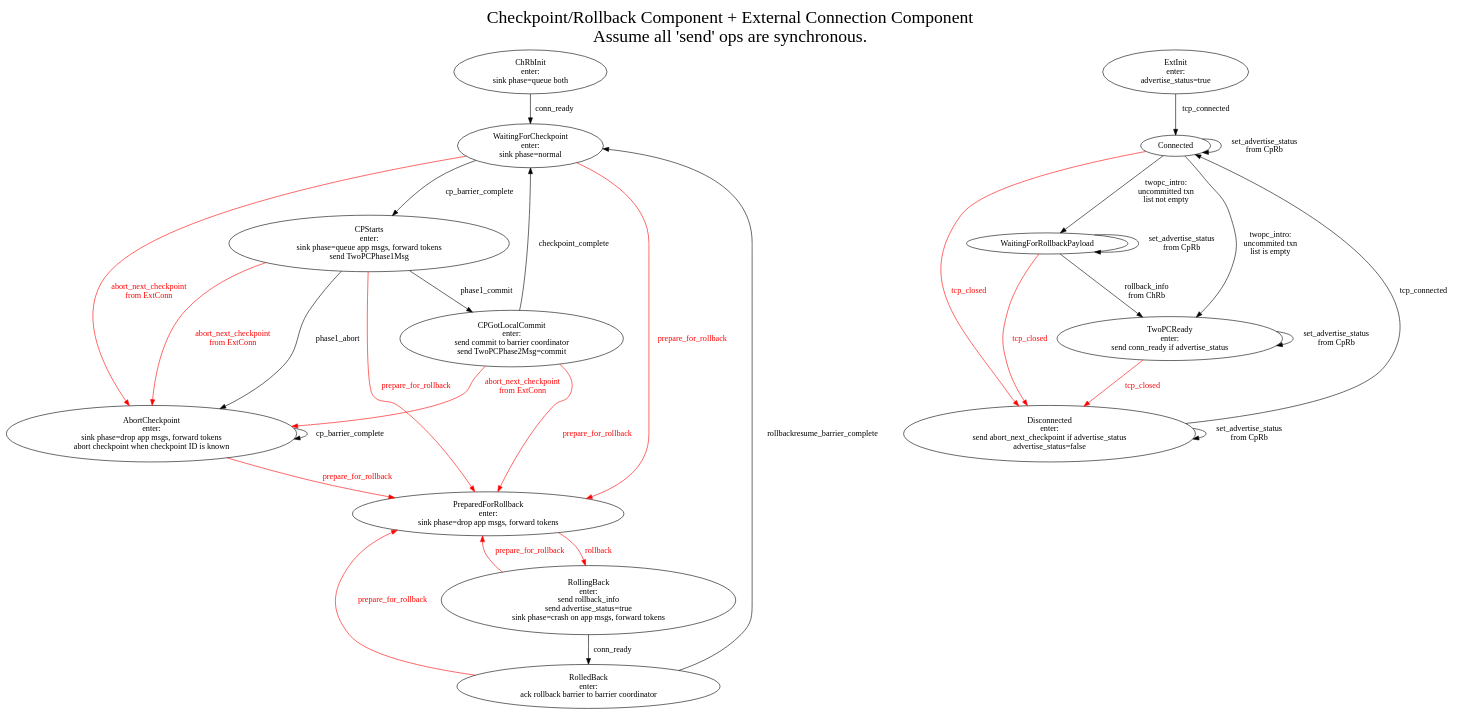
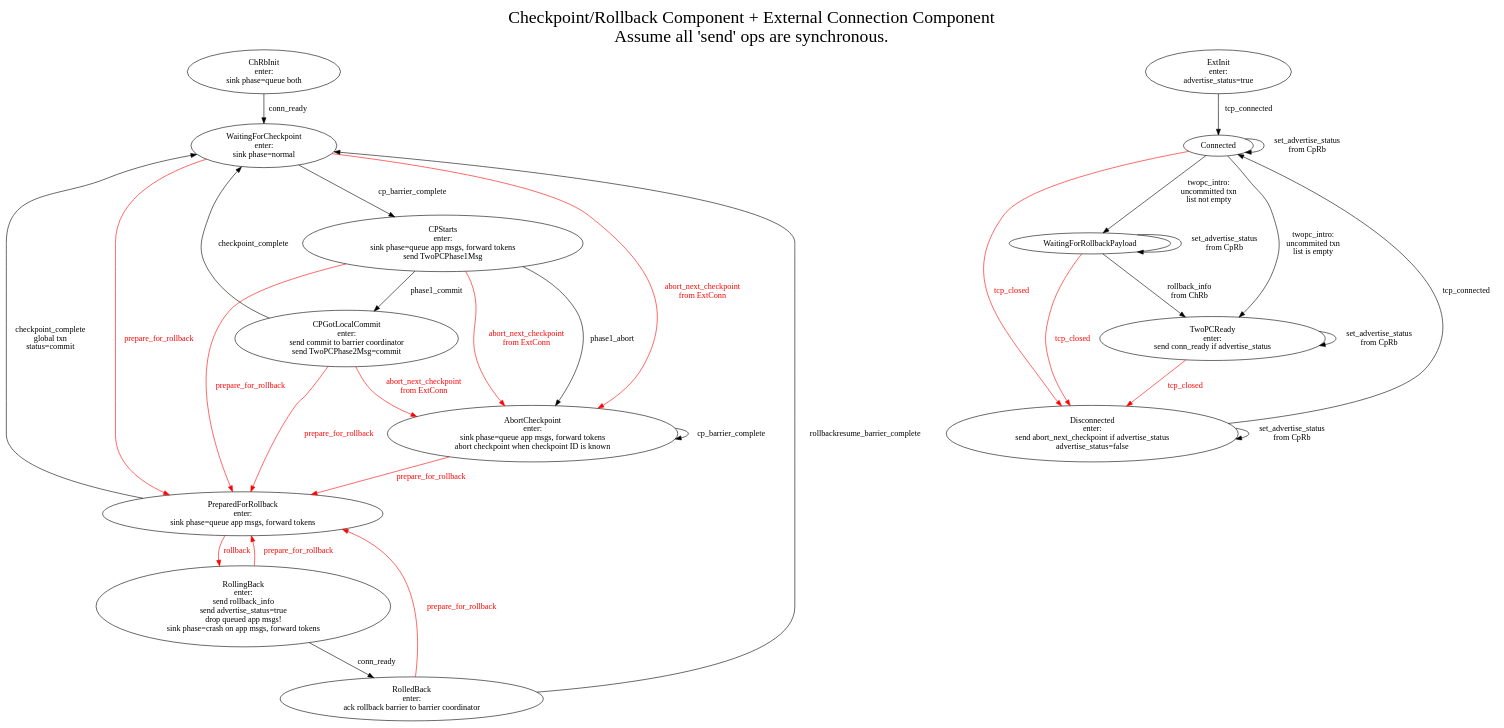
One commit to WallarooLabs/wally changed the diagram in lib/wallaroo/core/sink/connector_sink/connector-sink-2pc-management.dot. Above: the diagram before and after it, drawn with Graphviz. The commit also changed 2 other files, not shown here.

Commit message:
WIP: Add missing FSM path from PreparedForRollback -> WaitingForCheckpoint

```diff
--- a/lib/wallaroo/core/sink/connector_sink/connector-sink-2pc-management.dot
+++ b/lib/wallaroo/core/sink/connector_sink/connector-sink-2pc-management.dot
@@ -1,81 +1,82 @@
 digraph mashup {
     graph [label="Checkpoint/Rollback Component + External Connection Component\nAssume all 'send' ops are synchronous.",labelloc=t,fontsize=30];
 
     ## BEGIN LEFT
     subgraph checkpoint_rollback_component {
 	graph [label="SUB Checkpoint/Rollback Component",labelloc=t,fontsize=20];
 
 	// Subgraphs
 	subgraph init {
             ChRbInit [label="ChRbInit\nenter:\nsink phase=queue both"];
 	}
 	subgraph cp {
             WaitingForCheckpoint [label="WaitingForCheckpoint\nenter:\nsink phase=normal"];
-            AbortCheckpoint [label="AbortCheckpoint\nenter:\nsink phase=drop app msgs, forward tokens\nabort checkpoint when checkpoint ID is known"];
+            AbortCheckpoint [label="AbortCheckpoint\nenter:\nsink phase=queue app msgs, forward tokens\nabort checkpoint when checkpoint ID is known"];
 	}
 	subgraph sacp {
             CPStarts [label="CPStarts\nenter:\nsink phase=queue app msgs, forward tokens\nsend TwoPCPhase1Msg"];
             CPGotLocalCommit [label="CPGotLocalCommit\nenter:\nsend commit to barrier coordinator\nsend TwoPCPhase2Msg=commit"];
             // CPGotGlobalVote; // Can we remove this node?
 
             CPStarts -> CPGotLocalCommit [label="phase1_commit"];
             CPStarts -> AbortCheckpoint [label="phase1_abort"];
             CPGotLocalCommit -> WaitingForCheckpoint [label="checkpoint_complete"];
 	}
 	subgraph rollback {
-            PreparedForRollback [label="PreparedForRollback\nenter:\nsink phase=drop app msgs, forward tokens"];
-            RollingBack [label="RollingBack\nenter:\nsend rollback_info\nsend advertise_status=true\nsink phase=crash on app msgs, forward tokens"];
+            PreparedForRollback [label="PreparedForRollback\nenter:\nsink phase=queue app msgs, forward tokens"];
+            RollingBack [label="RollingBack\nenter:\nsend rollback_info\nsend advertise_status=true\ndrop queued app msgs!\nsink phase=crash on app msgs, forward tokens"];
             RolledBack [label="RolledBack\nenter:\nack rollback barrier to barrier coordinator"];
 
             PreparedForRollback -> RollingBack [label="rollback",fontcolor=red,color=red];
+            PreparedForRollback -> WaitingForCheckpoint [label="checkpoint_complete\nglobal txn\nstatus=commit"]
 	}
 
 	// Other Edges
 	ChRbInit -> WaitingForCheckpoint [label="conn_ready"];
 
 	WaitingForCheckpoint -> CPStarts [label="cp_barrier_complete"];
 	AbortCheckpoint -> AbortCheckpoint [label="cp_barrier_complete"];
 
 	WaitingForCheckpoint -> PreparedForRollback [label="prepare_for_rollback",fontcolor=red,color=red];
 	AbortCheckpoint -> PreparedForRollback [label="prepare_for_rollback",fontcolor=red,color=red];
 	CPStarts -> PreparedForRollback [label="prepare_for_rollback",fontcolor=red,color=red];
 	CPGotLocalCommit -> PreparedForRollback [label="prepare_for_rollback",fontcolor=red,color=red];
 
 	WaitingForCheckpoint -> AbortCheckpoint [label="abort_next_checkpoint\nfrom ExtConn",fontcolor=red,color=red];
 	CPStarts -> AbortCheckpoint [label="abort_next_checkpoint\nfrom ExtConn",fontcolor=red,color=red];
 	CPGotLocalCommit -> AbortCheckpoint [label="abort_next_checkpoint\nfrom ExtConn",fontcolor=red,color=red];
 
 	RollingBack -> RolledBack [label="conn_ready"];
 	RollingBack -> PreparedForRollback [label="prepare_for_rollback",fontcolor=red,color=red];
 
 	RolledBack -> WaitingForCheckpoint [label="rollbackresume_barrier_complete"];
 	RolledBack -> PreparedForRollback [label="prepare_for_rollback",fontcolor=red,color=red];
     }
     ## END LEFT
 
     ## BEGIN RIGHT
     subgraph external_connection_component {
         graph [label="External Connection Component",labelloc=t,fontsize=30];
 
         ExtInit [label="ExtInit\nenter:\nadvertise_status=true"];
         ExtInit -> Connected [label="tcp_connected"];
         Connected -> Disconnected [label="tcp_closed",fontcolor=red,color=red];
         Connected -> Connected [label="set_advertise_status\nfrom CpRb"];
         Disconnected [label="Disconnected\nenter:\nsend abort_next_checkpoint if advertise_status\nadvertise_status=false"];
         Disconnected -> Connected [label="tcp_connected"];
         Disconnected -> Disconnected [label="set_advertise_status\nfrom CpRb"];
         Connected -> WaitingForRollbackPayload [label="twopc_intro:\nuncommitted txn\nlist not empty"];
         Connected -> TwoPCReady [label="twopc_intro:\nuncommited txn\nlist is empty"];
         WaitingForRollbackPayload -> TwoPCReady [label="rollback_info\nfrom ChRb"];
         WaitingForRollbackPayload -> WaitingForRollbackPayload [label="set_advertise_status\nfrom CpRb"];
         WaitingForRollbackPayload -> Disconnected [label="tcp_closed",fontcolor=red,color=red];
 
         TwoPCReady [label="TwoPCReady\nenter:\nsend conn_ready if advertise_status"]
         TwoPCReady -> Disconnected [label="tcp_closed",fontcolor=red,color=red];
         TwoPCReady -> TwoPCReady [label="set_advertise_status\nfrom CpRb"]
     }
     # END RIGHT
 
     {rank=same; ChRbInit; ExtInit; };
     ## {rank=same; Disconnected; RollingBack; ; };
 }
```
